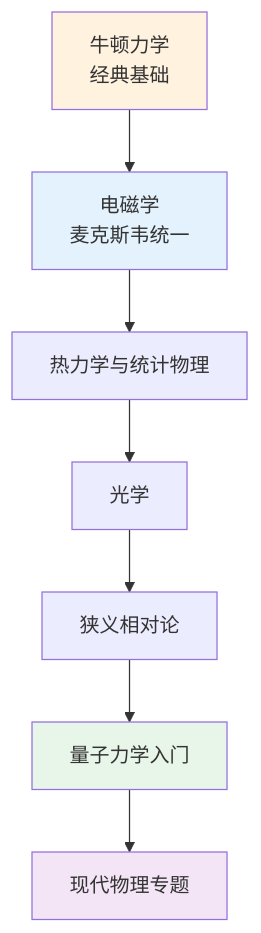
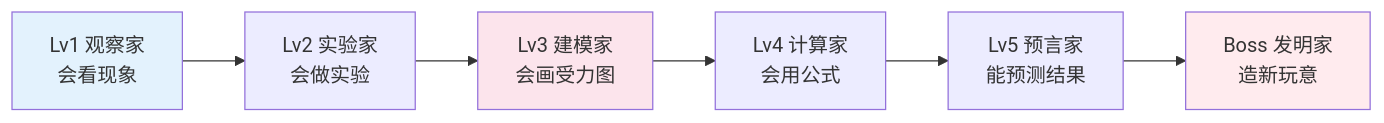
Before and after one commit to wxyClark/wxyClark.github.io: the tenth of 10 diagrams in content/natural-sciences/physics/index.md, drawn with Mermaid. The commit also changed other lines of this file and 11 other files, not shown here.

````diff
--- a/content/natural-sciences/physics/index.md
+++ b/content/natural-sciences/physics/index.md
@@ -308,14 +223,12 @@
 ```mermaid
-flowchart TD
-    A[牛顿力学<br/>经典基础] --> B[电磁学<br/>麦克斯韦统一]
-    B --> C[热力学与统计物理]
-    C --> D[光学]
-    D --> E[狭义相对论]
-    E --> F[量子力学入门]
-    F --> G[现代物理专题]
+flowchart LR
+    P1[Lv1 观察家<br/>会看现象] --> P2[Lv2 实验家<br/>会做实验] 
+    P2 --> P3[Lv3 建模家<br/>会画受力图] 
+    P3 --> P4[Lv4 计算家<br/>会用公式] 
+    P4 --> P5[Lv5 预言家<br/>能预测结果] 
+    P5 --> P6[Boss 发明家<br/>造新玩意]
     
-    style A fill:#fff3e0
-    style B fill:#e3f2fd
-    style F fill:#e8f5e9
-    style G fill:#f3e5f5
+    style P1 fill:#e3f2fd
+    style P3 fill:#fce4ec
+    style P6 fill:#ffebee
 ```
````
